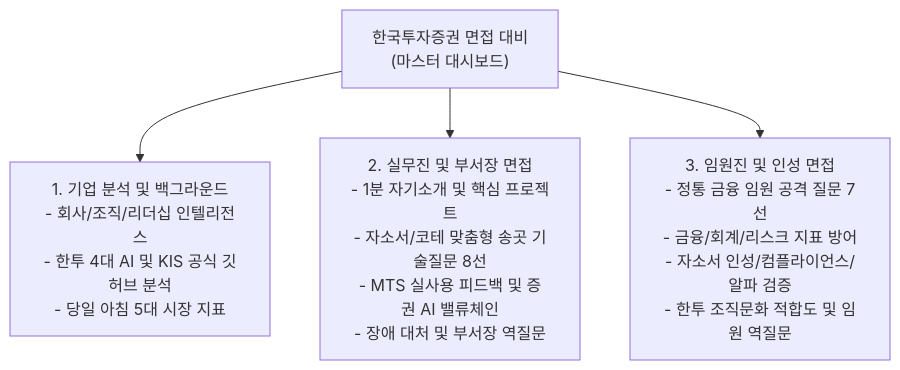
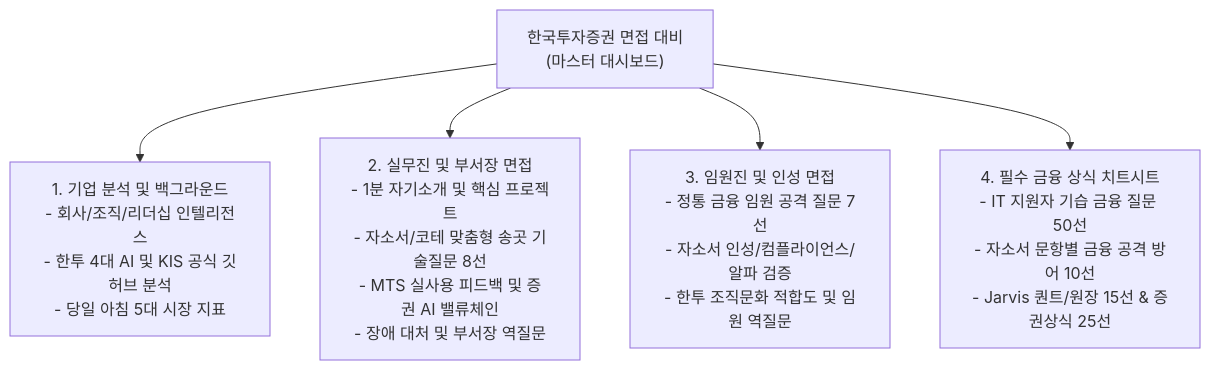
The diagram in content/Job_Hunting/한국투자증권 면접 대비.md (Ricepunchb/Idsh-obsidian-garden), drawn with Mermaid before and after one commit. The commit also changed other lines of this file and 1 other file, not shown here.

Commit message:
docs(interview): 한국투자증권 면접 필수 금융 상식 및 자소서 기반 도메인 치트시트 추가

````diff
--- a/content/Job_Hunting/한국투자증권 면접 대비.md
+++ b/content/Job_Hunting/한국투자증권 면접 대비.md
@@ -28,11 +28,13 @@
 ```mermaid
 flowchart TD
     Hub["한국투자증권 면접 대비<br/>(마스터 대시보드)"]
     Note1["1. 기업 분석 및 백그라운드<br/>- 회사/조직/리더십 인텔리전스<br/>- 한투 4대 AI 및 KIS 공식 깃허브 분석<br/>- 당일 아침 5대 시장 지표"]
     Note2["2. 실무진 및 부서장 면접<br/>- 1분 자기소개 및 핵심 프로젝트<br/>- 자소서/코테 맞춤형 송곳 기술질문 8선<br/>- MTS 실사용 피드백 및 증권 AI 밸류체인<br/>- 장애 대처 및 부서장 역질문"]
-    Note3["3. 임원진 및 인성 면접<br/>- 정통 금융 임원 공격 질문 7선<br/>- 금융/회계/리스크 지표 방어<br/>- 자소서 인성/컴플라이언스/알파 검증<br/>- 한투 조직문화 적합도 및 임원 역질문"]
+    Note3["3. 임원진 및 인성 면접<br/>- 정통 금융 임원 공격 질문 7선<br/>- 자소서 인성/컴플라이언스/알파 검증<br/>- 한투 조직문화 적합도 및 임원 역질문"]
+    Note4["4. 필수 금융 상식 치트시트<br/>- IT 지원자 기습 금융 질문 50선<br/>- 자소서 문항별 금융 공격 방어 10선<br/>- Jarvis 퀀트/원장 15선 & 증권상식 25선"]
 
     Hub --> Note1
     Hub --> Note2
     Hub --> Note3
+    Hub --> Note4
 ```
````
